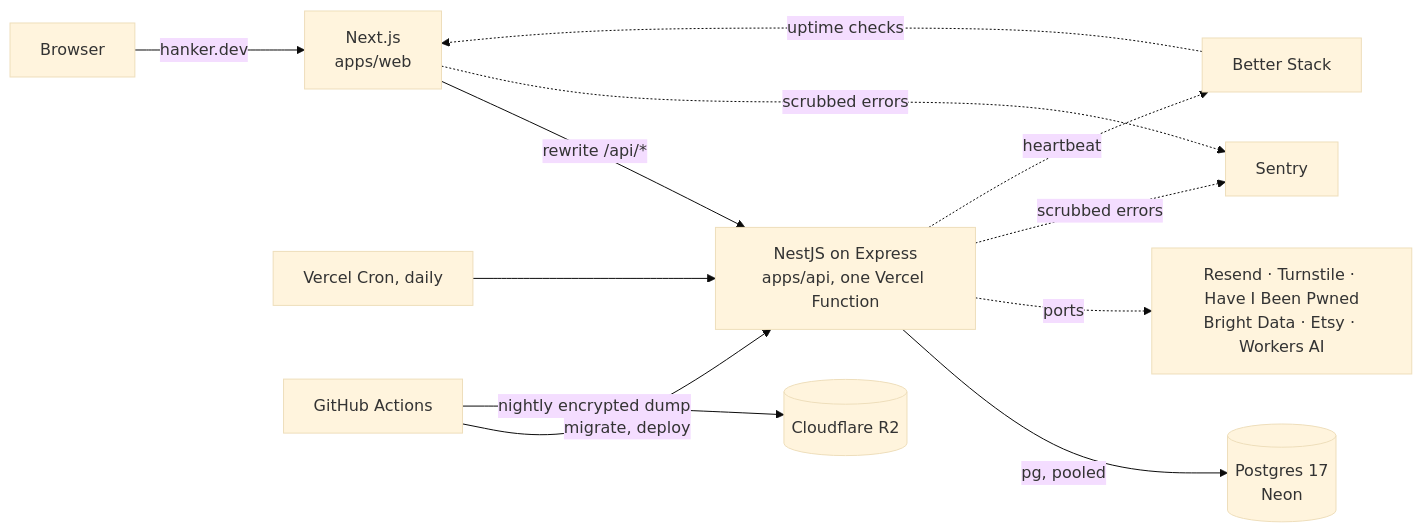
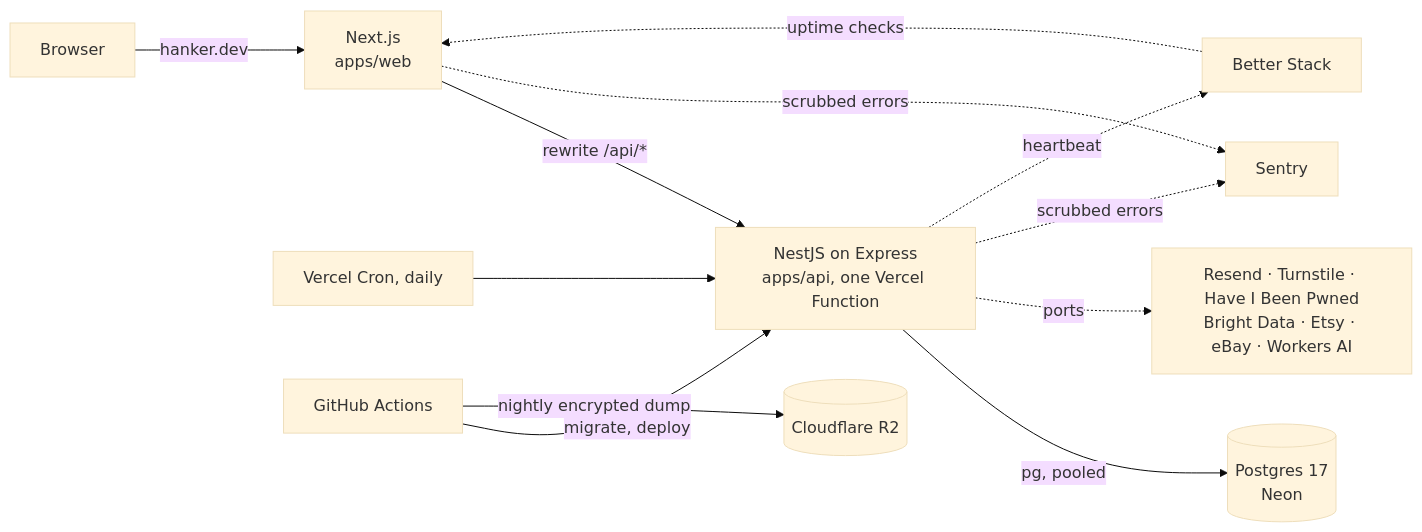
One commit to Shockolate/wishlist-app changed the diagram in README.md. Above: the diagram before and after it, drawn with Mermaid (base theme). The commit also changed other lines of this file and 9 other files, not shown here.

````diff
--- a/README.md
+++ b/README.md
@@ -31,13 +31,13 @@
 ```mermaid
 flowchart LR
   B[Browser] -->|hanker.dev| W["Next.js<br/>apps/web"]
   W -->|"rewrite /api/*"| A["NestJS on Express<br/>apps/api, one Vercel Function"]
   A -->|pg, pooled| D[("Postgres 17<br/>Neon")]
-  A -.->|ports| X["Resend · Turnstile · Have I Been Pwned<br/>Bright Data · Etsy · Workers AI"]
+  A -.->|ports| X["Resend · Turnstile · Have I Been Pwned<br/>Bright Data · Etsy · eBay · Workers AI"]
   W & A -.->|scrubbed errors| S[Sentry]
   C[Vercel Cron, daily] --> A
   A -.->|heartbeat| U[Better Stack]
   U -.->|uptime checks| W
   G[GitHub Actions] -->|"migrate, deploy"| A
   G -->|"nightly encrypted dump"| R[("Cloudflare R2")]
 ```
````
